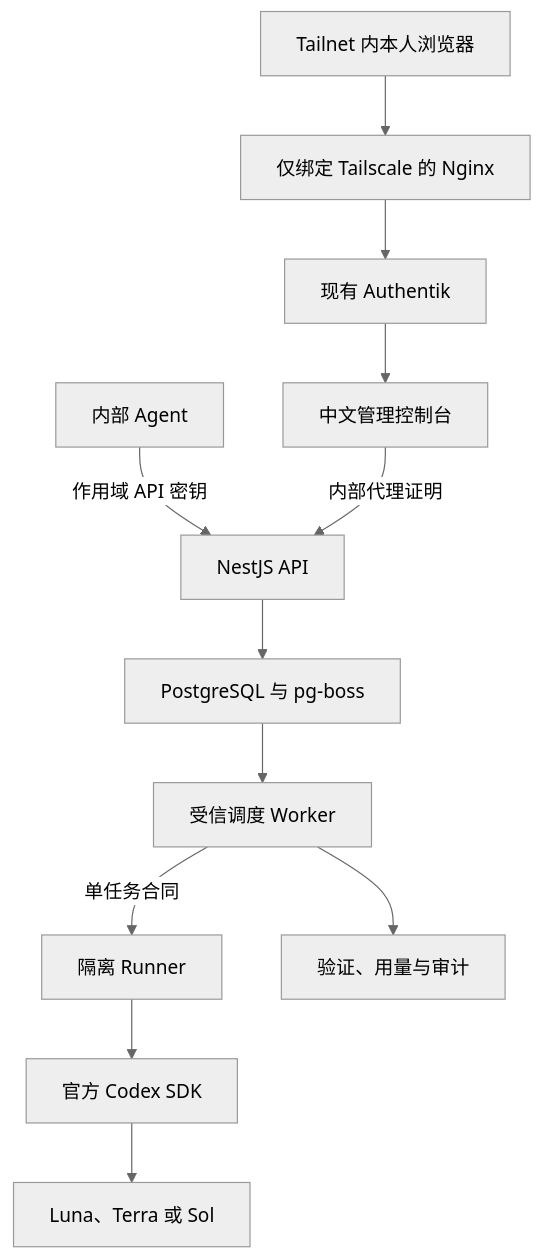
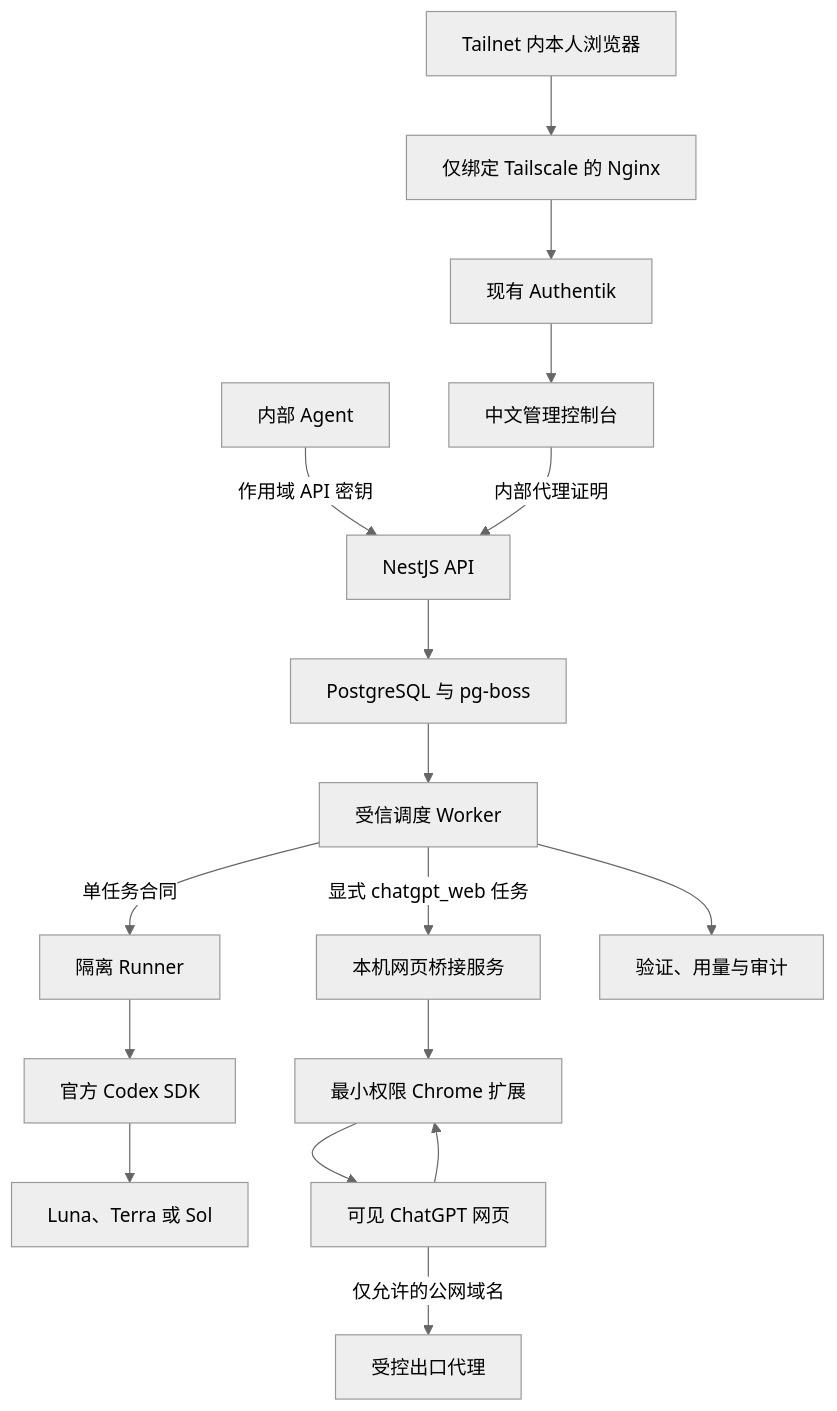
Before and after one commit to AIALRA-0/AIALRA-CODEX-API: the first of 2 diagrams in ARCHITECTURE.md, drawn with Mermaid (neutral theme). The commit also changed other lines of this file and 106 other files, not shown here.

````diff
--- a/ARCHITECTURE.md
+++ b/ARCHITECTURE.md
@@ -5,14 +5,19 @@
 ```mermaid
 flowchart TD
     D[Tailnet 内本人浏览器] --> B[仅绑定 Tailscale 的 Nginx]
     B --> E[现有 Authentik]
     E --> F[中文管理控制台]
     G[内部 Agent] -->|作用域 API 密钥| H[NestJS API]
     F -->|内部代理证明| H
     H --> I[PostgreSQL 与 pg-boss]
     I --> J[受信调度 Worker]
     J -->|单任务合同| K[隔离 Runner]
     K --> L[官方 Codex SDK]
     L --> M[Luna、Terra 或 Sol]
+    J -->|显式 chatgpt_web 任务| O[本机网页桥接服务]
+    O --> P[最小权限 Chrome 扩展]
+    P --> Q[可见 ChatGPT 网页]
+    Q --> P
+    Q -->|仅允许的公网域名| R[受控出口代理]
     J --> N[验证、用量与审计]
 ```
````
